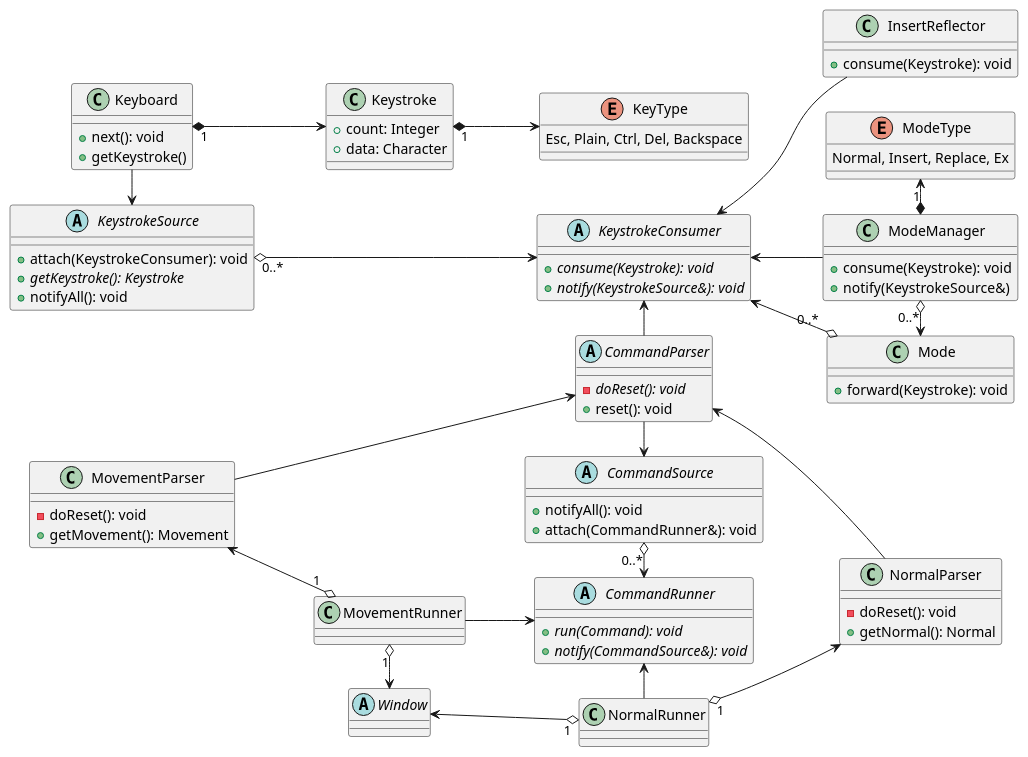
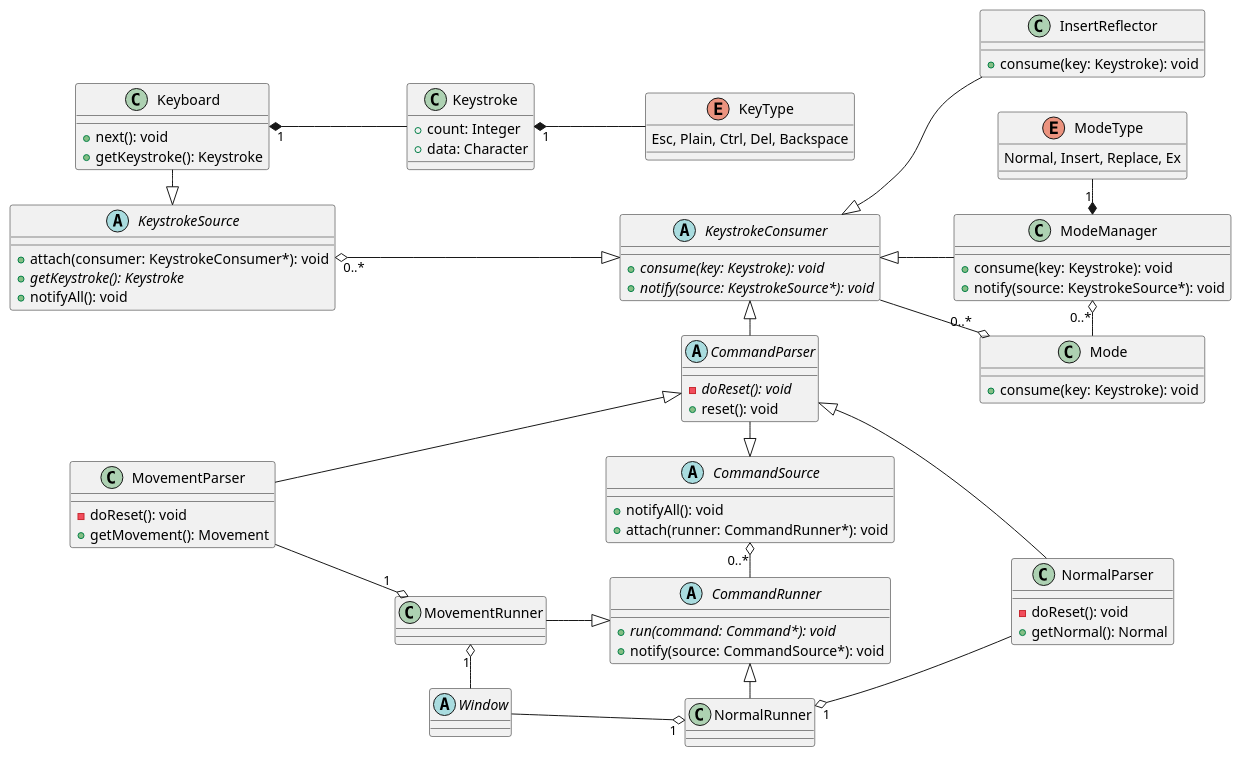
One commit to raywang999/VM changed the second of 5 diagrams in uml.md. Above: the diagram before and after it, drawn with PlantUML. The commit also changed other lines of this file, not shown here.

Commit message:
update uml

````diff
--- a/uml.md
+++ b/uml.md
@@ -35,78 +35,78 @@
 ```plantuml 
 abstract Window
 class Keyboard{
   +next(): void
-  +getKeystroke()
+  +getKeystroke(): Keystroke
 }
 left to right direction
 enum KeyType {
   Esc, Plain, Ctrl, Del, Backspace
 }
 class Keystroke {
   +count: Integer
   +data: Character
 }
 abstract KeystrokeSource{
-  +attach(KeystrokeConsumer): void
+  +attach(consumer: KeystrokeConsumer*): void
   {abstract}+getKeystroke(): Keystroke
   +notifyAll(): void
 }
-Keystroke "1" *--> KeyType
-Keyboard "1" *--> Keystroke
-Keyboard -> KeystrokeSource 
+Keystroke "1" *-- KeyType
+Keyboard "1" *-- Keystroke
+Keyboard -|> KeystrokeSource 
 abstract KeystrokeConsumer{
-  {abstract}+consume(Keystroke): void
-  {abstract}+notify(KeystrokeSource&): void
+  {abstract}+consume(key: Keystroke): void
+  {abstract}+notify(source: KeystrokeSource*): void
 }
-KeystrokeSource "0..*" o---> KeystrokeConsumer
+KeystrokeSource "0..*" o---|> KeystrokeConsumer
 abstract Mode{}
 abstract CommandParser{
   {abstract}-doReset(): void
   +reset(): void
 }
 class NormalParser {
   -doReset(): void
   +getNormal(): Normal
 }
 class MovementParser {
   -doReset(): void
   +getMovement(): Movement
 }
 class ModeManager{
-  +consume(Keystroke): void
-  +notify(KeystrokeSource&)
+  +consume(key: Keystroke): void
+  +notify(source: KeystrokeSource*): void
 }
 enum ModeType{
   Normal, Insert, Replace, Ex
 }
-ModeType "1" <-* ModeManager
+ModeType "1" -* ModeManager
 class Mode {
-  +forward(Keystroke): void
+  +consume(key: Keystroke): void
 }
-KeystrokeConsumer <- CommandParser 
-ModeManager "0..*" o-> Mode 
-KeystrokeConsumer <-- ModeManager
+KeystrokeConsumer <|- CommandParser 
+ModeManager "0..*" o- Mode 
+KeystrokeConsumer <|-- ModeManager
 abstract CommandSource{
   +notifyAll(): void
-  +attach(CommandRunner&): void
+  +attach(runner: CommandRunner*): void
 }
-KeystrokeConsumer <--o "0..*" Mode 
-CommandParser -> CommandSource 
+KeystrokeConsumer --o "0..*" Mode 
+CommandParser -|> CommandSource 
 abstract CommandRunner{
-  {abstract}+run(Command): void
-  {abstract}+notify(CommandSource&): void
+  {abstract}+run(command: Command*): void
+  +notify(source: CommandSource*): void
 }
-CommandSource "0..*" o-> CommandRunner
-MovementParser --> CommandParser
-CommandRunner <- NormalRunner 
-MovementRunner --> CommandRunner 
-MovementRunner "1" o-> Window
-Window <--o "1" NormalRunner 
-MovementParser <--o "1" MovementRunner 
+CommandSource "0..*" o- CommandRunner
+MovementParser --|> CommandParser
+CommandRunner <|- NormalRunner 
+MovementRunner --|> CommandRunner 
+MovementRunner "1" o- Window
+Window --o "1" NormalRunner 
+MovementParser --o "1" MovementRunner 
 class InsertReflector {
-  +consume(Keystroke): void
+  +consume(key: Keystroke): void
 }
-KeystrokeConsumer <-- InsertReflector 
-CommandParser <-- NormalParser
-NormalRunner "1" o--> NormalParser 
+KeystrokeConsumer <|-- InsertReflector 
+CommandParser <|-- NormalParser
+NormalRunner "1" o-- NormalParser 
 ```
````
